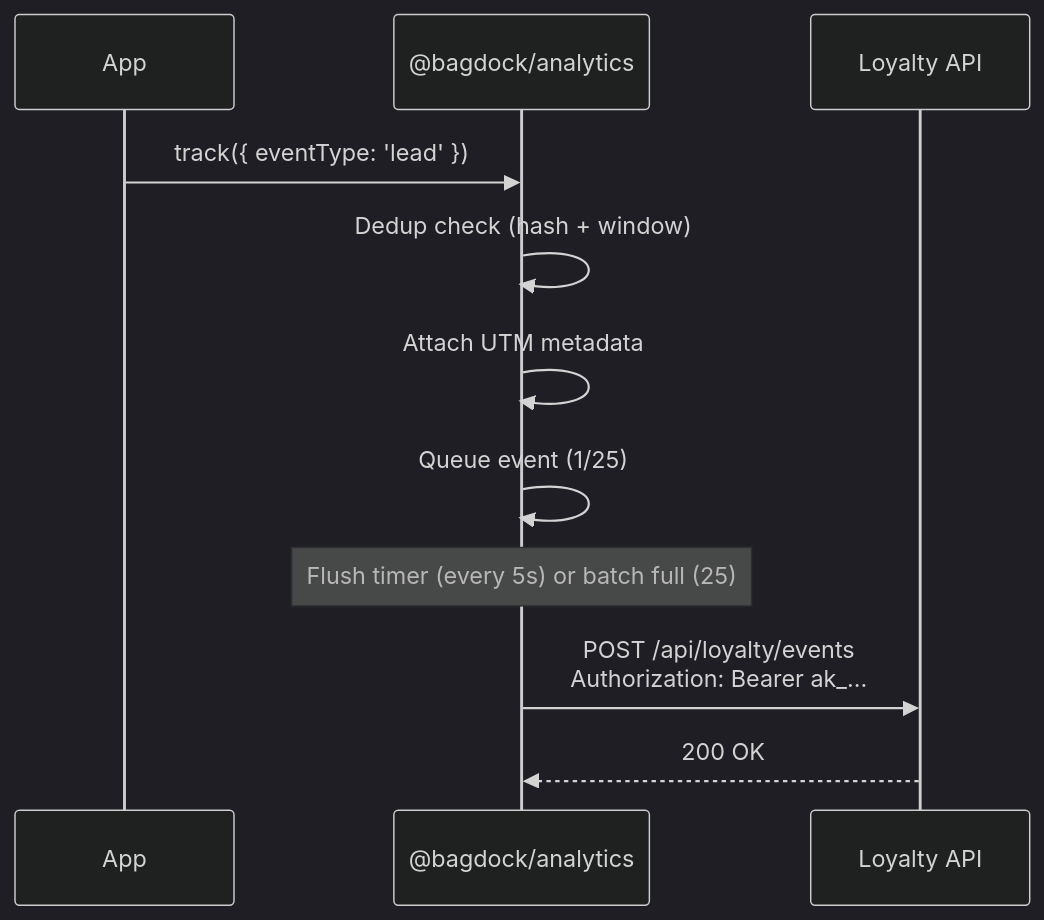
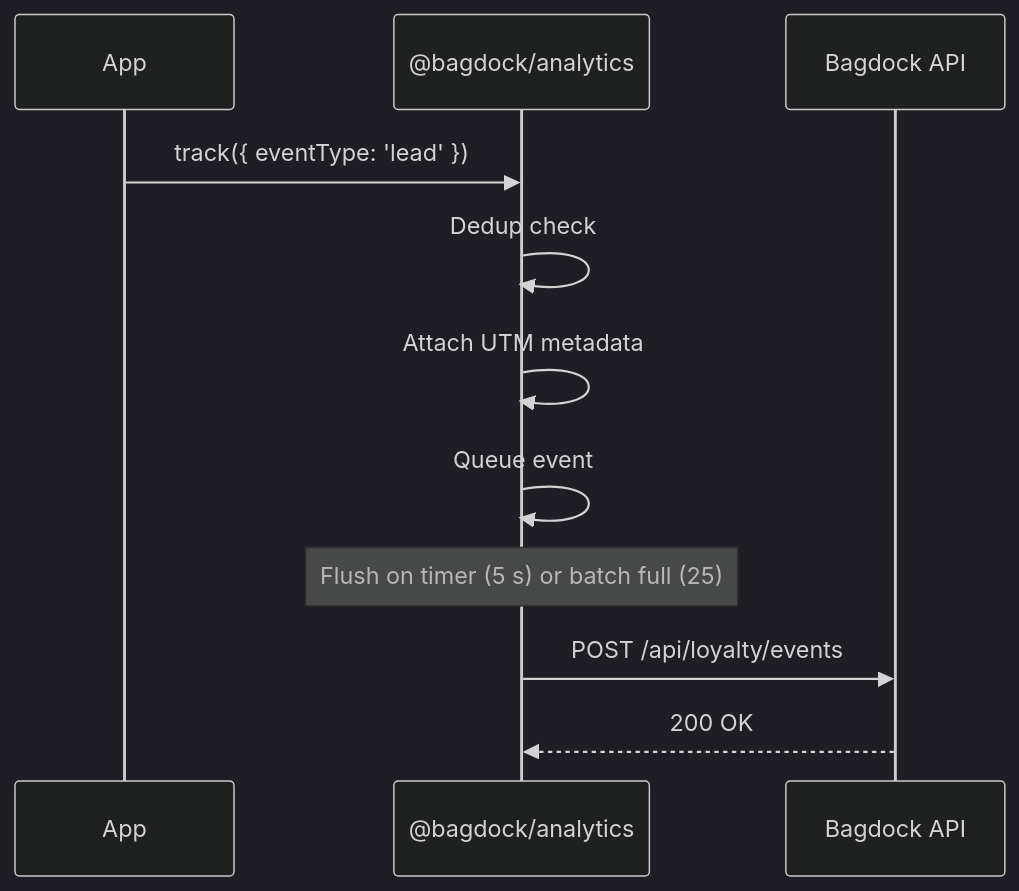
The first of 2 diagrams in README.md (bagdock/bagdock-analytics), drawn with Mermaid (dark theme) before and after one commit. The commit also changed other lines of this file, not shown here.

````diff
--- a/README.md
+++ b/README.md
@@ -50,16 +35,16 @@
 ```mermaid
 sequenceDiagram
   participant App
   participant SDK as @bagdock/analytics
-  participant API as Loyalty API
+  participant API as Bagdock API
 
   App->>SDK: track({ eventType: 'lead' })
-  SDK->>SDK: Dedup check (hash + window)
+  SDK->>SDK: Dedup check
   SDK->>SDK: Attach UTM metadata
-  SDK->>SDK: Queue event (1/25)
+  SDK->>SDK: Queue event
 
-  Note over SDK: Flush timer (every 5s) or batch full (25)
+  Note over SDK: Flush on timer (5 s) or batch full (25)
 
-  SDK->>API: POST /api/loyalty/events<br/>Authorization: Bearer ak_...
+  SDK->>API: POST /api/loyalty/events
   API-->>SDK: 200 OK
 ```
````
